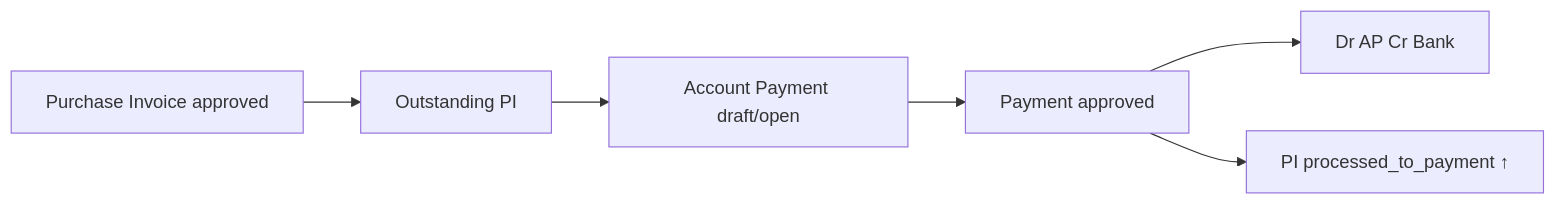
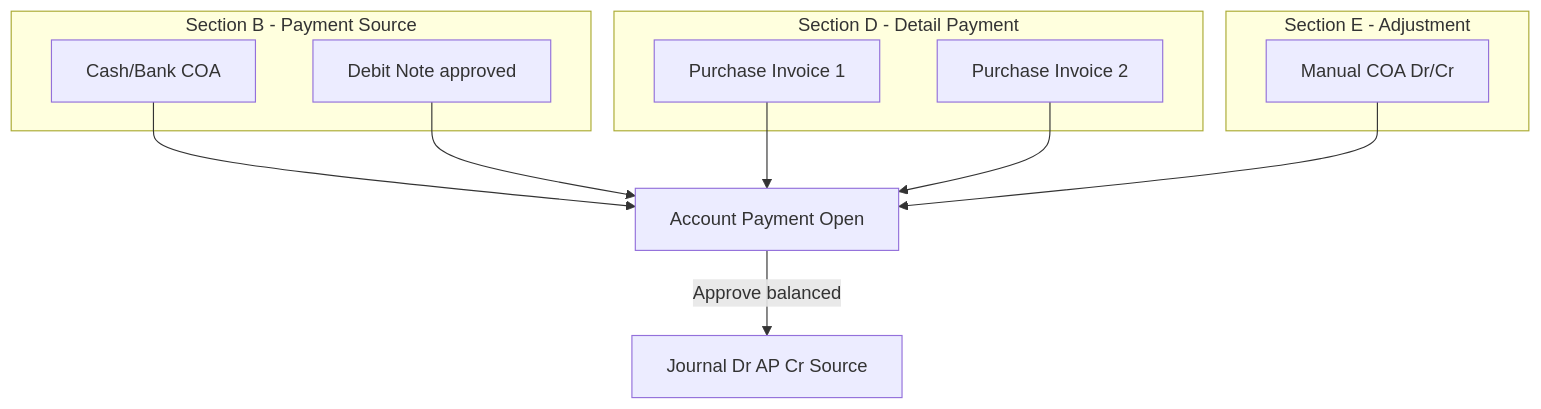
Before and after one commit to yendyr/olshoperp-docs: the diagram in qa-docs/accounting-supplier-payment/requirement.md, drawn with Mermaid. The commit also changed other lines of this file and 36 other files, not shown here.

````diff
--- a/qa-docs/accounting-supplier-payment/requirement.md
+++ b/qa-docs/accounting-supplier-payment/requirement.md
@@ -36,8 +49,20 @@
 ```mermaid
-flowchart LR
-    PI[Purchase Invoice approved] --> OUT[Outstanding PI]
-    OUT --> PAY[Account Payment draft/open]
-    PAY --> APR[Payment approved]
-    APR --> JRNL[Dr AP Cr Bank]
-    APR --> PIUPD[PI processed_to_payment ↑]
+flowchart TB
+    subgraph sources [Section B - Payment Source]
+        CB[Cash/Bank COA]
+        DN[Debit Note approved]
+    end
+    subgraph alloc [Section D - Detail Payment]
+        PI1[Purchase Invoice 1]
+        PI2[Purchase Invoice 2]
+    end
+    subgraph adj [Section E - Adjustment]
+        ADJ[Manual COA Dr/Cr]
+    end
+    CB --> PAY[Account Payment Open]
+    DN --> PAY
+    PI1 --> PAY
+    PI2 --> PAY
+    ADJ --> PAY
+    PAY -->|Approve balanced| JRNL[Journal Dr AP Cr Source]
 ```
````
